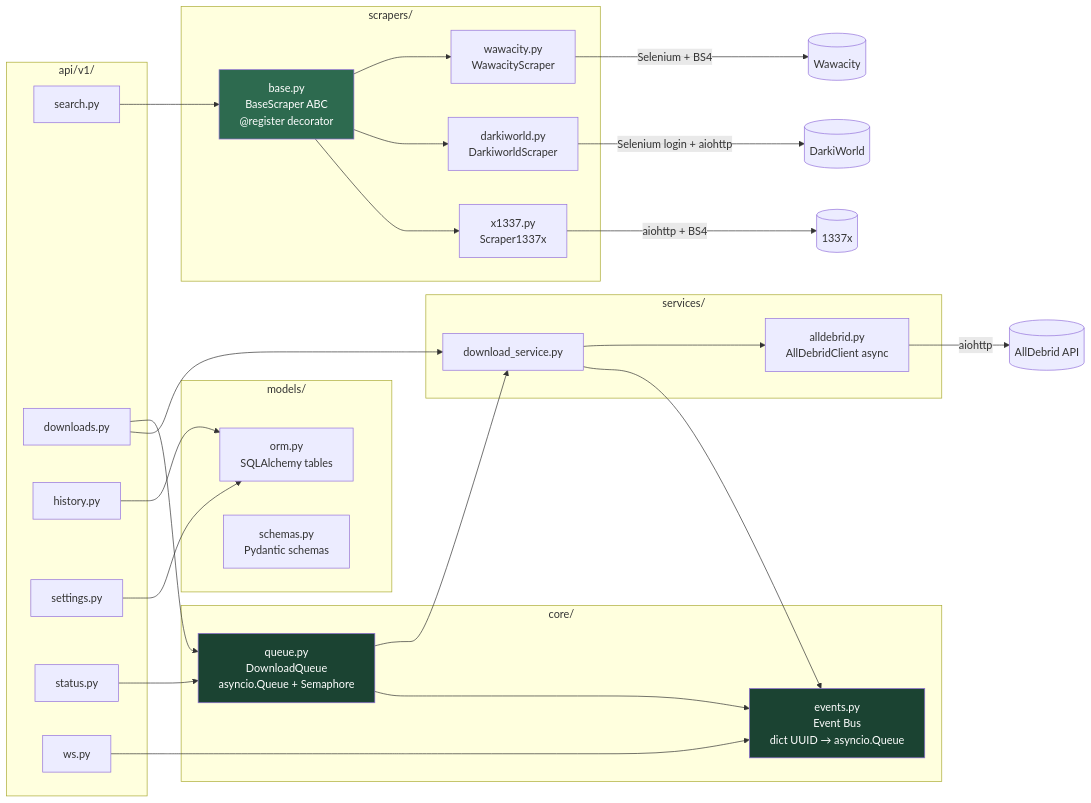
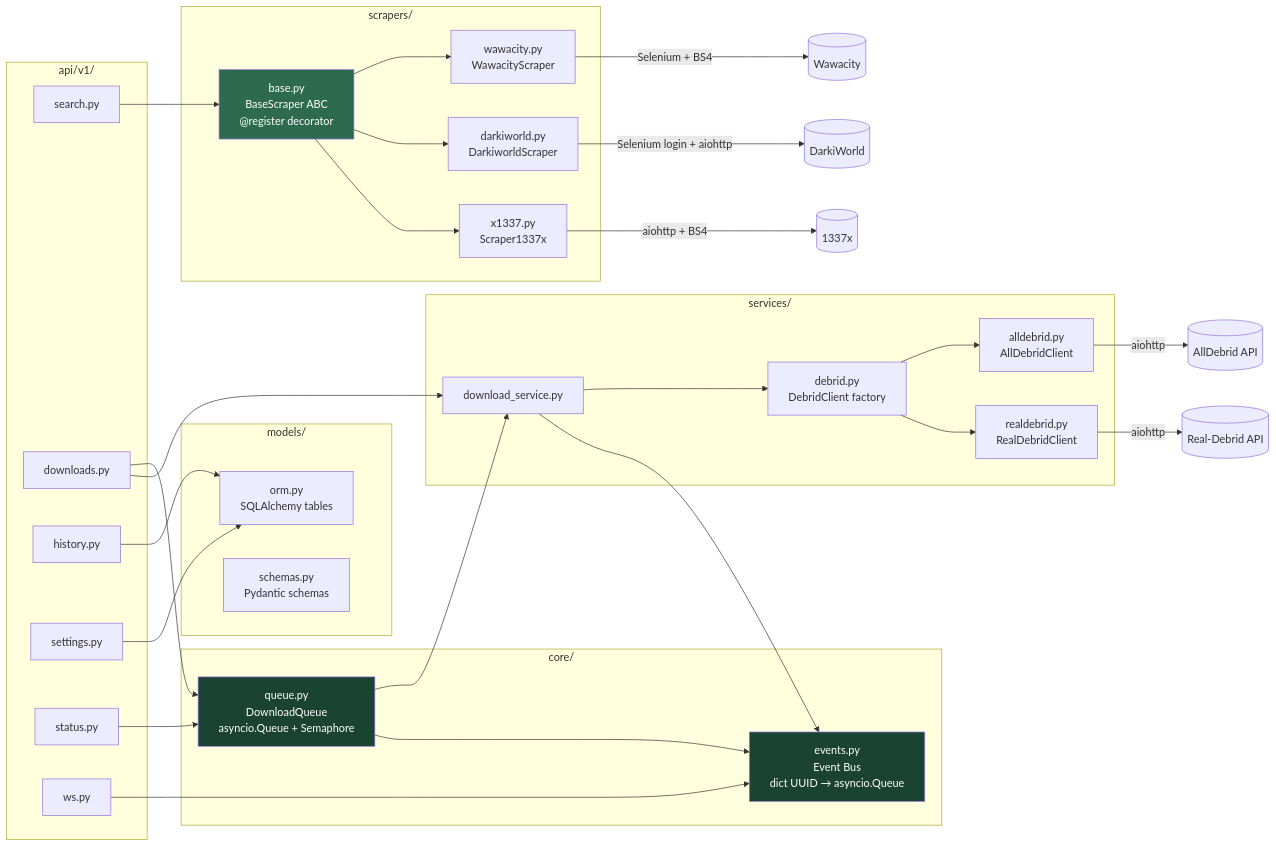
One commit to Gon3s/dl_discord_bot changed the fourth of 7 diagrams in docs/architecture-v2.md. Above: the diagram before and after it, drawn with Mermaid. The commit also changed other lines of this file and 10 other files, not shown here.

````diff
--- a/docs/architecture-v2.md
+++ b/docs/architecture-v2.md
@@ -142,59 +142,64 @@
 ```mermaid
 graph LR
     subgraph api["api/v1/"]
         S[search.py]
         D[downloads.py]
         H[history.py]
         ST[settings.py]
         STA[status.py]
         W[ws.py]
     end
 
     subgraph core["core/"]
         Q[queue.py<br/>DownloadQueue<br/>asyncio.Queue + Semaphore]
         E[events.py<br/>Event Bus<br/>dict UUID → asyncio.Queue]
     end
 
     subgraph services["services/"]
         DS[download_service.py]
-        AL[alldebrid.py<br/>AllDebridClient async]
+        AL[debrid.py<br/>DebridClient factory]
+        ADP[alldebrid.py<br/>AllDebridClient]
+        RDP[realdebrid.py<br/>RealDebridClient]
     end
 
     subgraph scrapers["scrapers/"]
         BS[base.py<br/>BaseScraper ABC<br/>@register decorator]
         WW[wawacity.py<br/>WawacityScraper]
         DW[darkiworld.py<br/>DarkiworldScraper]
         X3[x1337.py<br/>Scraper1337x]
     end
 
     subgraph models["models/"]
         ORM[orm.py<br/>SQLAlchemy tables]
         SCH[schemas.py<br/>Pydantic schemas]
     end
 
     S --> BS
     D --> Q
     D --> DS
     H --> ORM
     ST --> ORM
     STA --> Q
     W --> E
 
     DS --> AL
+    AL --> ADP
+    AL --> RDP
     DS --> E
     Q --> DS
     Q --> E
 
     BS --> WW
     BS --> DW
     BS --> X3
 
     WW -->|Selenium + BS4| WAW[(Wawacity)]
     DW -->|Selenium login + aiohttp| DWAPI[(DarkiWorld)]
     X3 -->|aiohttp + BS4| X1337API[(1337x)]
-    AL -->|aiohttp| AD[(AllDebrid API)]
+    ADP -->|aiohttp| AD[(AllDebrid API)]
+    RDP -->|aiohttp| RD[(Real-Debrid API)]
 
     style BS fill:#2d6a4f,color:#fff
     style Q fill:#1b4332,color:#fff
     style E fill:#1b4332,color:#fff
 ```
````
